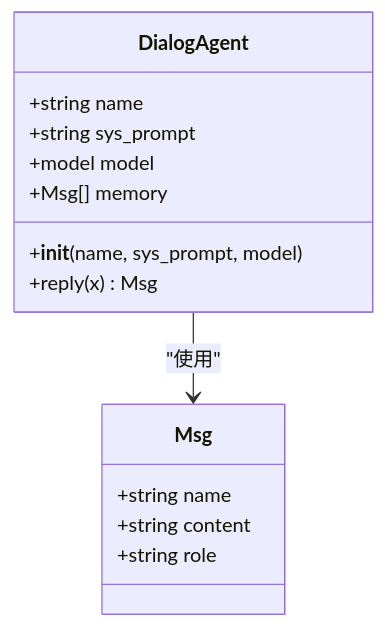
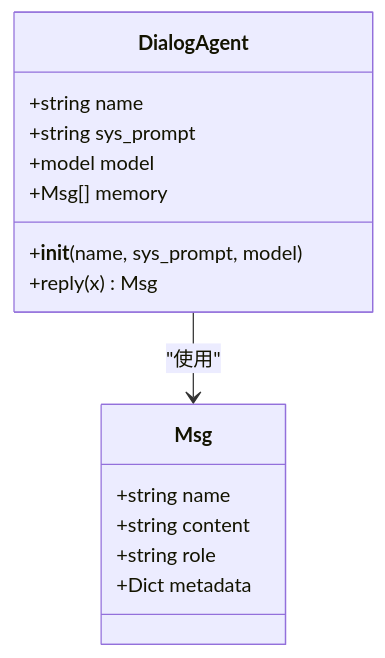
Before and after one commit to KunLabAI/KunFlix: the third of 7 diagrams in .qoder/repowiki/zh/content/多智能体叙事引擎/智能体架构设计.md, drawn with Mermaid. The commit also changed other lines of this file and 25 other files, not shown here.

````diff
--- a/.qoder/repowiki/zh/content/多智能体叙事引擎/智能体架构设计.md
+++ b/.qoder/repowiki/zh/content/多智能体叙事引擎/智能体架构设计.md
@@ -141,17 +151,18 @@
 ```mermaid
 classDiagram
 class DialogAgent {
 +string name
 +string sys_prompt
 +model model
 +Msg[] memory
 +__init__(name, sys_prompt, model)
 +reply(x) Msg
 }
 class Msg {
 +string name
 +string content
 +string role
++Dict metadata
 }
 DialogAgent --> Msg : "使用"
 ```
````
